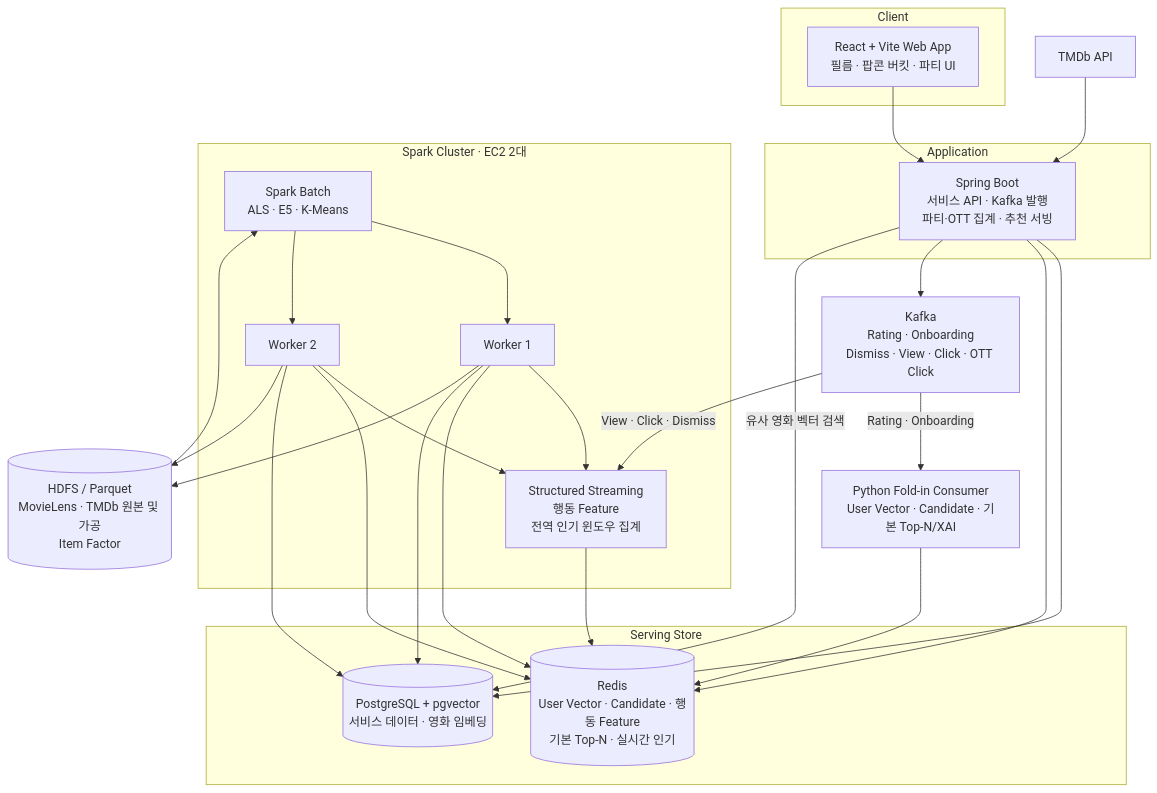
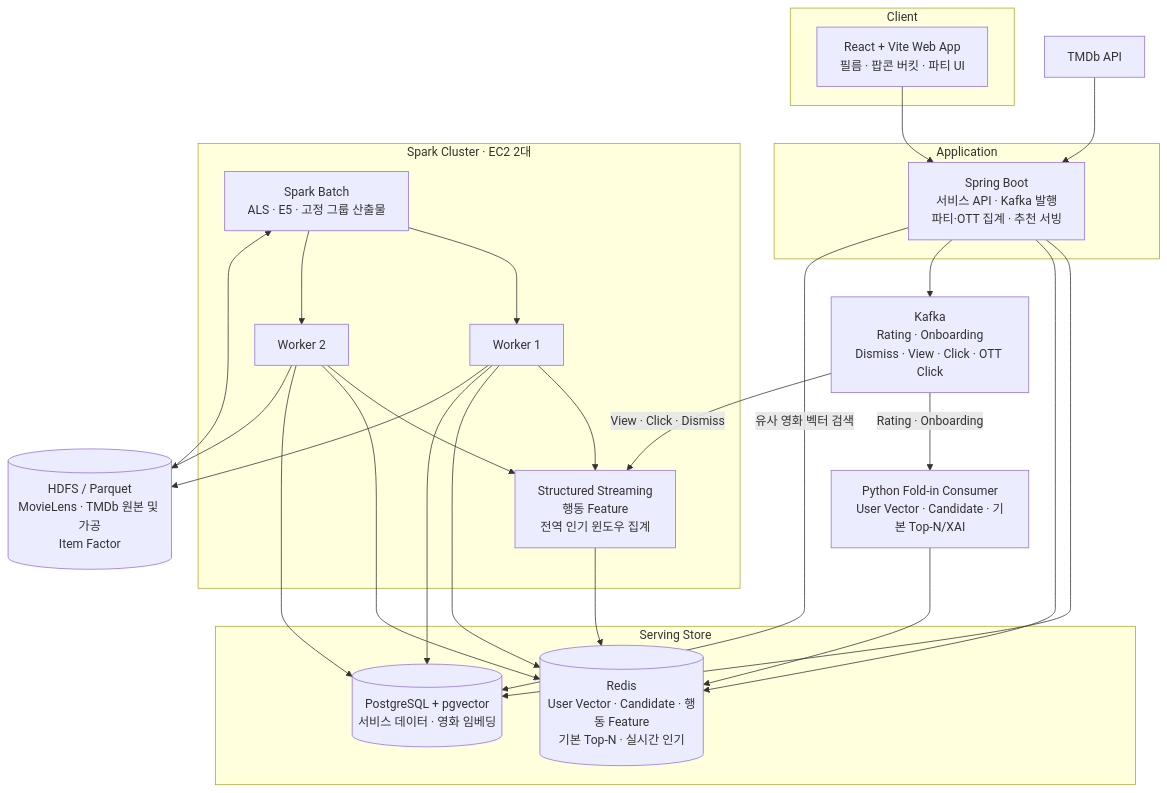
Before and after one commit to koongya-studio/feelm: the second of 3 diagrams in README.md, drawn with Mermaid. The commit also changed other lines of this file and 65 other files, not shown here.

````diff
--- a/README.md
+++ b/README.md
@@ -254,49 +254,49 @@
 ```mermaid
 flowchart TB
     subgraph CLIENT["Client"]
         FE["React + Vite Web App<br/>필름 · 팝콘 버킷 · 파티 UI"]
     end
 
     subgraph APP["Application"]
         BE["Spring Boot<br/>서비스 API · Kafka 발행<br/>파티·OTT 집계 · 추천 서빙"]
     end
 
     subgraph STORE["Serving Store"]
         PG[("PostgreSQL + pgvector<br/>서비스 데이터 · 영화 임베딩")]
         RD[("Redis<br/>User Vector · Candidate · 행동 Feature<br/>기본 Top-N · 실시간 인기")]
     end
 
     subgraph SPARK["Spark Cluster · EC2 2대"]
-        SM["Spark Batch<br/>ALS · E5 · K-Means"]
+        SM["Spark Batch<br/>ALS · E5 · 고정 그룹 산출물"]
         SS["Structured Streaming<br/>행동 Feature<br/>전역 인기 윈도우 집계"]
         W1["Worker 1"]
         W2["Worker 2"]
     end
 
     LAKE[("HDFS / Parquet<br/>MovieLens · TMDb 원본 및 가공<br/>Item Factor")]
     KF["Kafka<br/>Rating · Onboarding<br/>Dismiss · View · Click · OTT Click"]
     PC["Python Fold-in Consumer<br/>User Vector · Candidate · 기본 Top-N/XAI"]
     TMDB["TMDb API"]
 
     FE --> BE
     BE --> PG
     BE --> RD
     BE --> KF
     KF -->|"Rating · Onboarding"| PC
     PC --> RD
     KF -->|"View · Click · Dismiss"| SS
     SS --> RD
     BE -->|"유사 영화 벡터 검색"| PG
     TMDB --> BE
     LAKE --> SM
     SM --> W1
     SM --> W2
     W1 --> SS
     W2 --> SS
     W1 --> RD
     W2 --> RD
     W1 --> PG
     W2 --> PG
     W1 --> LAKE
     W2 --> LAKE
 ```
````
